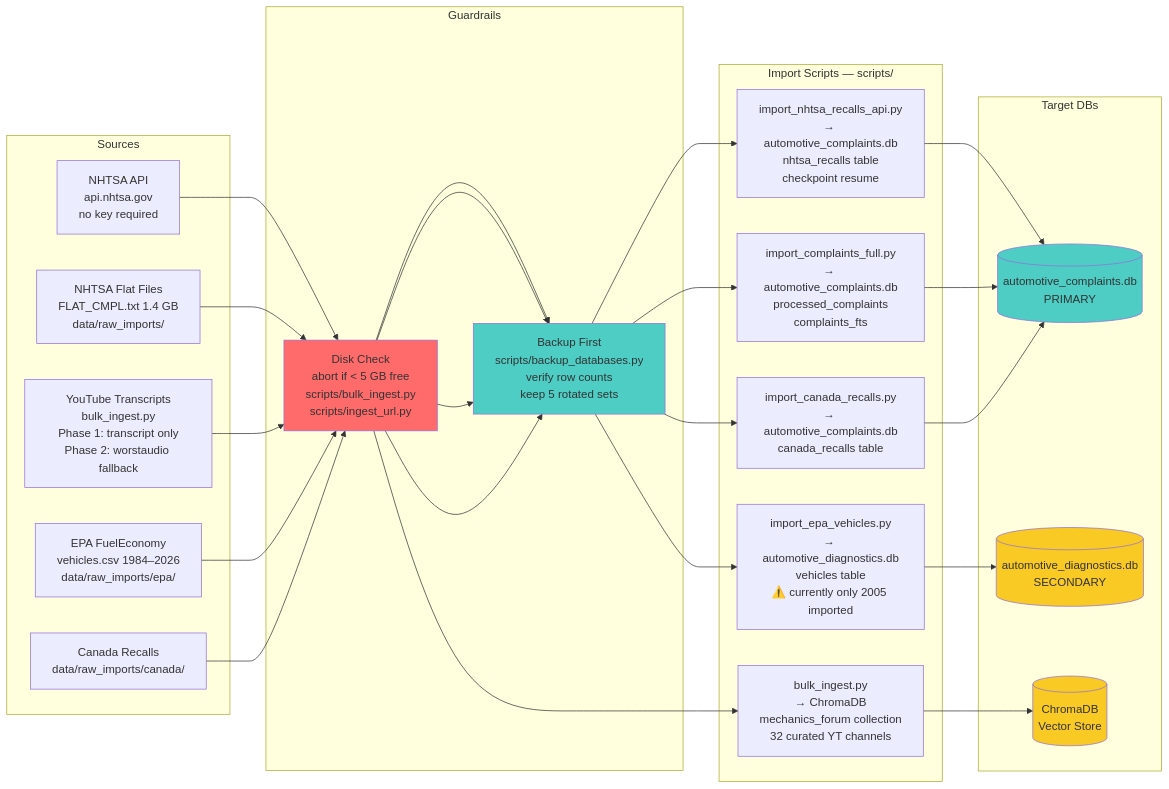
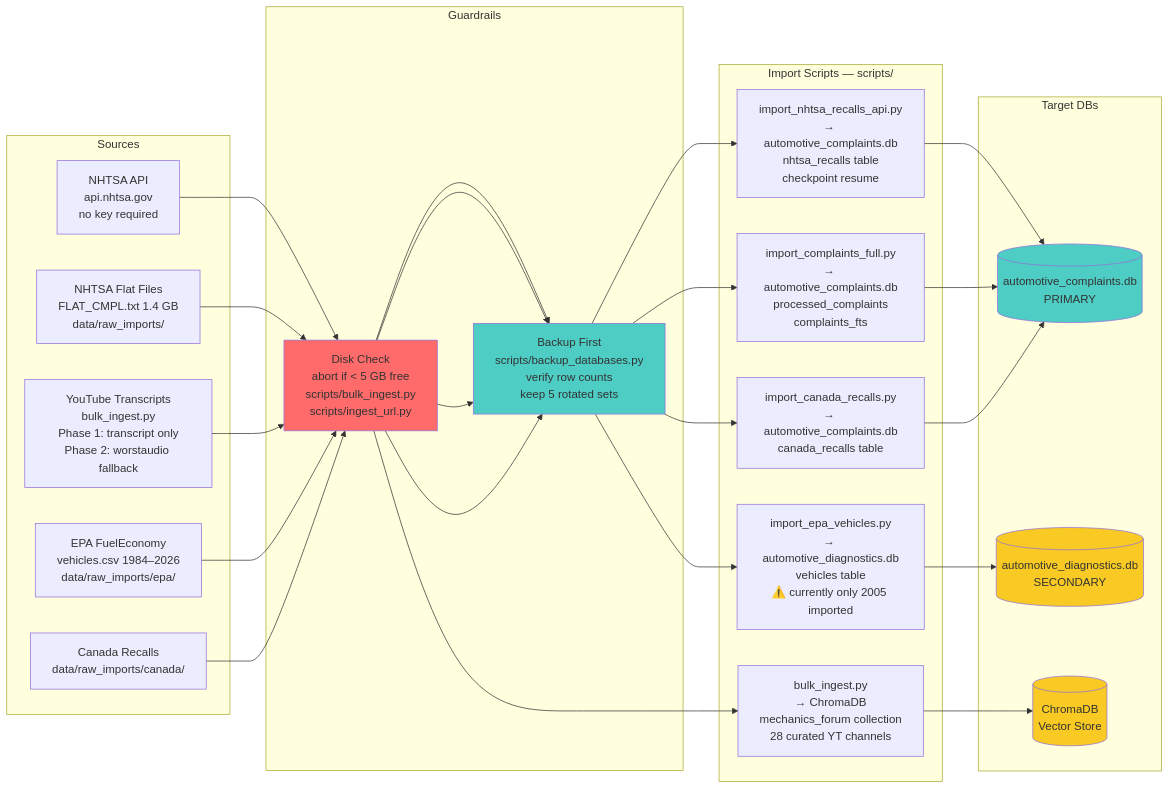
The fourth of 8 diagrams in .claude/docs/DIAGRAMS.md (MrPoteete/automotive-diagnostic-skills), drawn with Mermaid before and after one commit. The commit also changed other lines of this file and 3 other files, not shown here.

````diff
--- a/.claude/docs/DIAGRAMS.md
+++ b/.claude/docs/DIAGRAMS.md
@@ -167,41 +167,41 @@
 ```mermaid
 flowchart LR
     subgraph "Sources"
         N1["NHTSA API\napi.nhtsa.gov\nno key required"]
         N2["NHTSA Flat Files\nFLAT_CMPL.txt 1.4 GB\ndata/raw_imports/"]
         N3["YouTube Transcripts\nbulk_ingest.py\nPhase 1: transcript only\nPhase 2: worstaudio fallback"]
         N4["EPA FuelEconomy\nvehicles.csv 1984–2026\ndata/raw_imports/epa/"]
         N5["Canada Recalls\ndata/raw_imports/canada/"]
     end
 
     subgraph "Guardrails"
         DG["Disk Check\nabort if < 5 GB free\nscripts/bulk_ingest.py\nscripts/ingest_url.py"]
         BK["Backup First\nscripts/backup_databases.py\nverify row counts\nkeep 5 rotated sets"]
     end
 
     subgraph "Import Scripts — scripts/"
         I1["import_nhtsa_recalls_api.py\n→ automotive_complaints.db\nnhtsa_recalls table\ncheckpoint resume"]
         I2["import_complaints_full.py\n→ automotive_complaints.db\nprocessed_complaints\ncomplaints_fts"]
-        I3["bulk_ingest.py\n→ ChromaDB\nmechanics_forum collection\n32 curated YT channels"]
+        I3["bulk_ingest.py\n→ ChromaDB\nmechanics_forum collection\n28 curated YT channels"]
         I4["import_epa_vehicles.py\n→ automotive_diagnostics.db\nvehicles table\n⚠️ currently only 2005 imported"]
         I5["import_canada_recalls.py\n→ automotive_complaints.db\ncanada_recalls table"]
     end
 
     subgraph "Target DBs"
         CD[("automotive_complaints.db\nPRIMARY")]
         DD[("automotive_diagnostics.db\nSECONDARY")]
         CH[("ChromaDB\nVector Store")]
     end
 
     N1 --> DG --> BK --> I1 --> CD
     N2 --> DG --> BK --> I2 --> CD
     N3 --> DG --> I3 --> CH
     N4 --> DG --> BK --> I4 --> DD
     N5 --> DG --> BK --> I5 --> CD
 
     style DG fill:#ff6b6b
     style BK fill:#4ecdc4
     style CD fill:#4ecdc4
     style DD fill:#f9ca24
     style CH fill:#f9ca24
 ```
````
